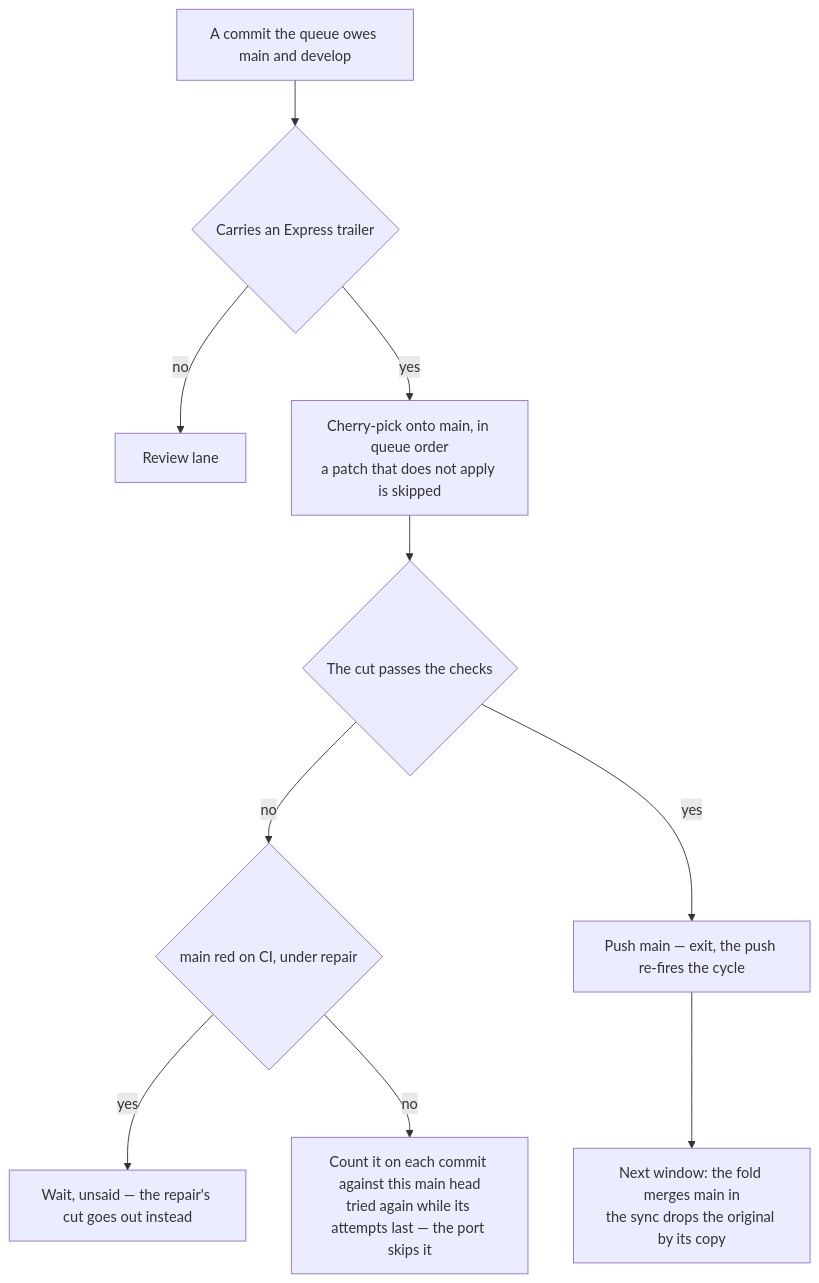
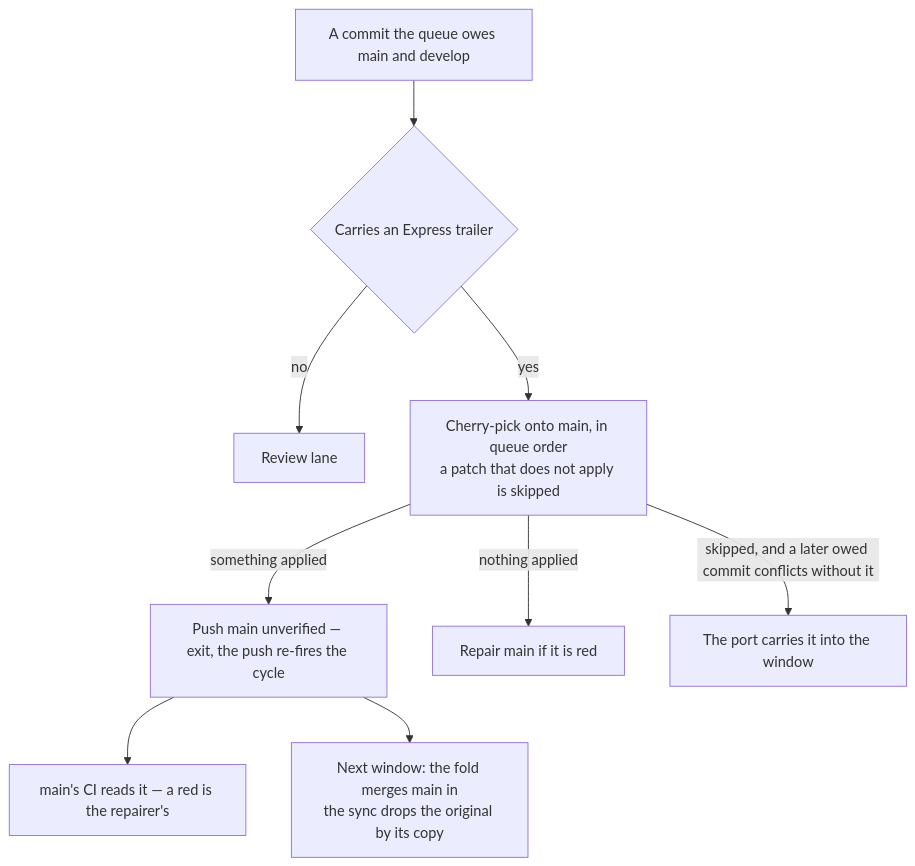
The diagram in apps/web/content/docs/infra/review-collector/express-lane.md (Esposter/Esposter), drawn with Mermaid before and after one commit. The commit also changed other lines of this file and 18 other files, not shown here.

First line of the commit message:
fix(collector): the express cut lands unverified, and the window carries a claim a later commit builds on

````diff
--- a/apps/web/content/docs/infra/review-collector/express-lane.md
+++ b/apps/web/content/docs/infra/review-collector/express-lane.md
@@ -19,12 +21,11 @@
 ```mermaid
 flowchart TD
   C[A commit the queue owes main and develop] --> T{Carries an Express trailer}
   T -->|no| RV[Review lane]
   T -->|yes| EX[Cherry-pick onto main, in queue order<br/>a patch that does not apply is skipped]
-  EX --> V{The cut passes the checks}
-  V -->|no| MR{main red on CI, under repair}
-  MR -->|yes| W[Wait, unsaid — the repair's cut goes out instead]
-  MR -->|no| RD[Count it on each commit against this main head<br/>tried again while its attempts last — the port skips it]
-  V -->|yes| PU[Push main — exit, the push re-fires the cycle]
+  EX -->|something applied| PU[Push main unverified — exit, the push re-fires the cycle]
+  EX -->|nothing applied| MR[Repair main if it is red]
+  PU --> CI[main's CI reads it — a red is the repairer's]
   PU --> FO[Next window: the fold merges main in<br/>the sync drops the original by its copy]
+  EX -->|skipped, and a later owed commit conflicts without it| CA[The port carries it into the window]
 ```
````
